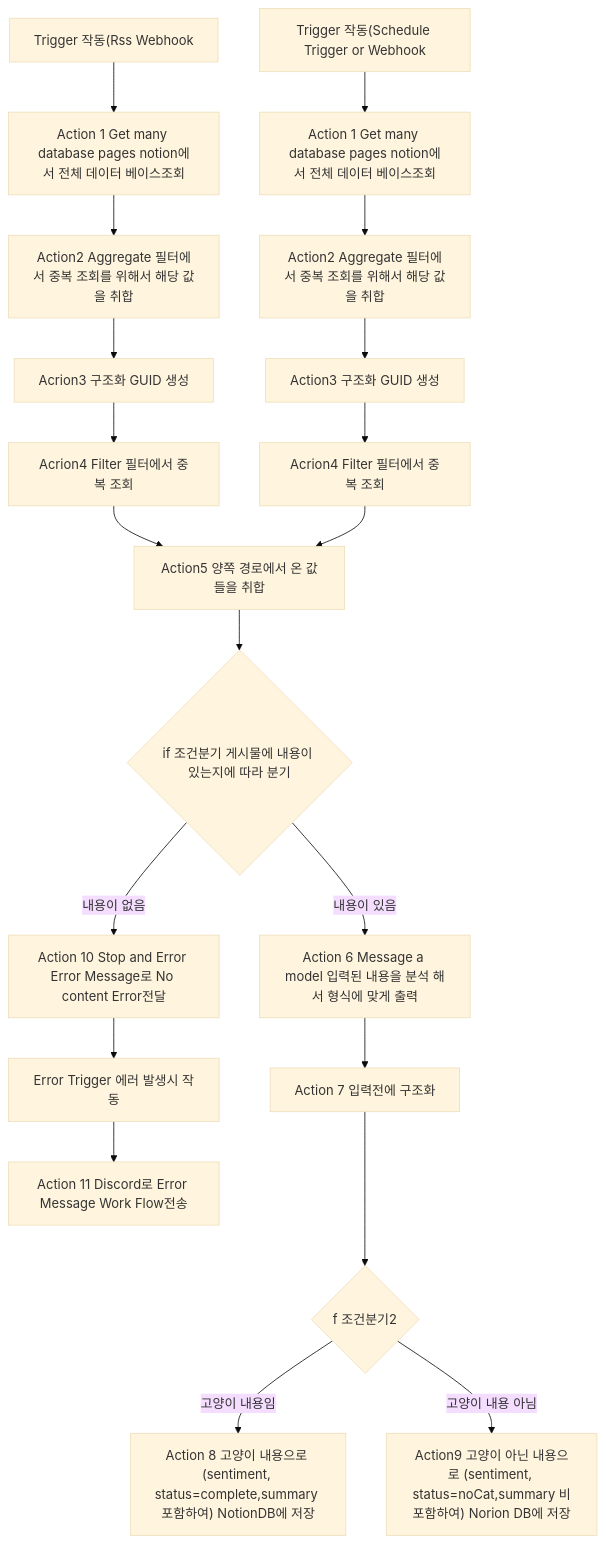
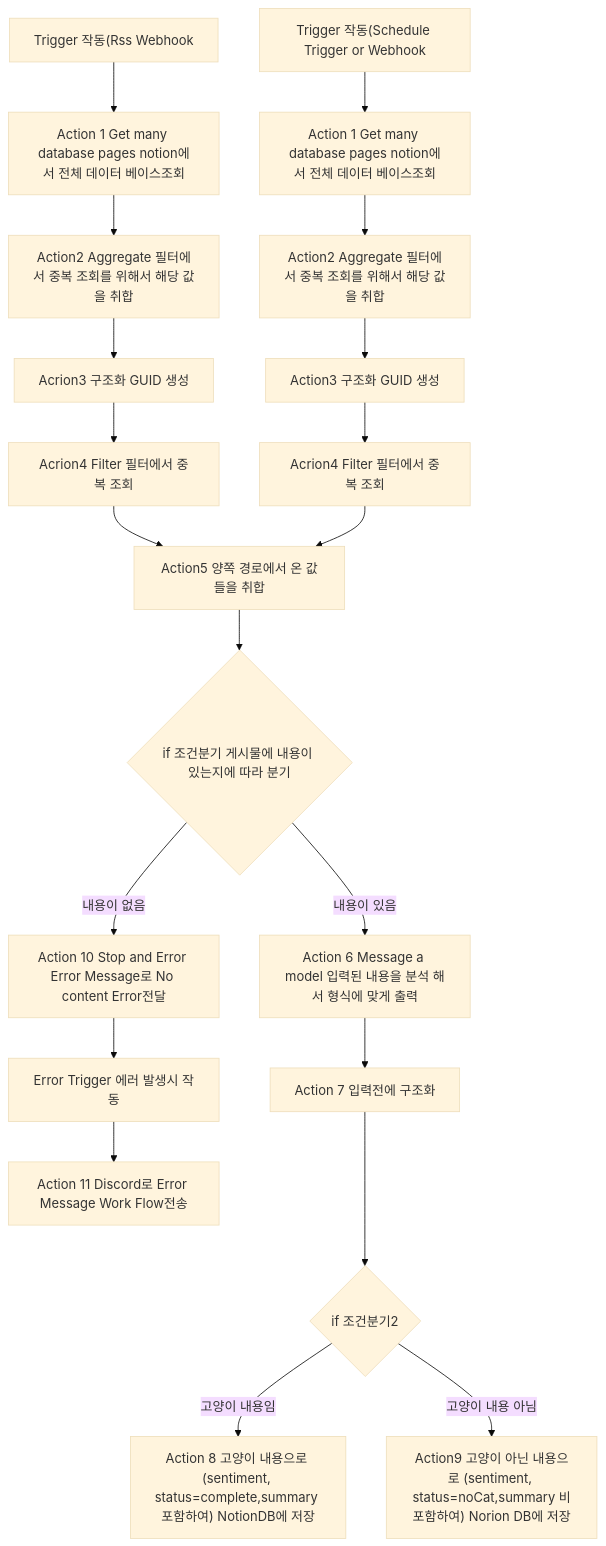
The diagram in project2/rss.md (codysseus42/noCode), drawn with Mermaid (base theme) before and after one commit.

````diff
--- a/project2/rss.md
+++ b/project2/rss.md
@@ -20,10 +20,10 @@
 ```mermaid
 graph TD
 
        A["Trigger 작동(Rss Webhook"] --> B["Action 1 Get many database pages notion에서 전체 데이터 베이스조회"] --> C["Action2 Aggregate 필터에서 중복 조회를 위해서 해당 값을 취합"] --> D["Acrion3 구조화 GUID 생성"]  --> E["Acrion4 Filter 필터에서 중복 조회"]  --> F["Action5 양쪽 경로에서 온 값들을 취합"]
        A1["Trigger 작동(Schedule Trigger or Webhook"] --> B1["Action 1 Get many database pages notion에서 전체 데이터 베이스조회"] --> C1["Action2 Aggregate 필터에서 중복 조회를 위해서 해당 값을 취합"] --> D1["Action3 구조화 GUID 생성"] --> E1["Acrion4 Filter 필터에서 중복 조회"] --> F --> G{"if 조건분기 게시물에 내용이 있는지에 따라 분기"}
-       G --> |내용이 있음| I["Action 6 Message a model 입력된 내용을 분석 해서 형식에 맞게 출력"] --> J["Action 7 입력전에 구조화"] ---> K{"f 조건분기2"} 
+       G --> |내용이 있음| I["Action 6 Message a model 입력된 내용을 분석 해서 형식에 맞게 출력"] --> J["Action 7 입력전에 구조화"] ---> K{"if 조건분기2"} 
         K -->  |고양이 내용임| L["Action 8 고양이 내용으로 (sentiment, status=complete,summary 포함하여) NotionDB에 저장"] 
         K --> |고양이 내용 아님| M["Action9 고양이 아닌 내용으로 (sentiment, status=noCat,summary 비포함하여) Norion DB에 저장"]
       G --> |내용이 없음| N["Action 10 Stop and Error Error Message로 No content Error전달"]  --> O["Error Trigger 에러 발생시 작동"] --> P["Action 11 Discord로 Error Message Work Flow전송"]
 ```
````
